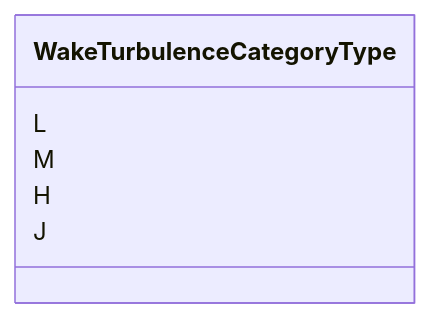
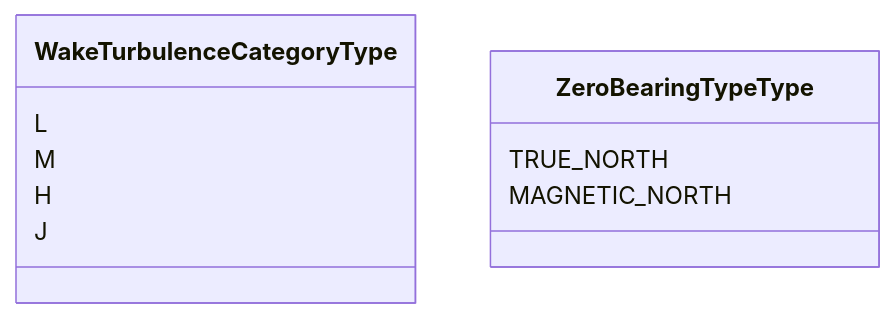
Before and after one commit to du-lapin/test_docsify: the fourth of 4 diagrams in docs/fixm/FIXM_UML_in_mermaid.md, drawn with Mermaid. The commit also changed other lines of this file, not shown here.

````diff
--- a/docs/fixm/FIXM_UML_in_mermaid.md
+++ b/docs/fixm/FIXM_UML_in_mermaid.md
@@ -43,9 +43,13 @@
 ```mermaid
 classDiagram
 class WakeTurbulenceCategoryType{	
 L	
 M	
 H	
 J	
-}		
+}
+class ZeroBearingTypeType{	
+TRUE_NORTH	
+MAGNETIC_NORTH	
+}			
 ```
````
